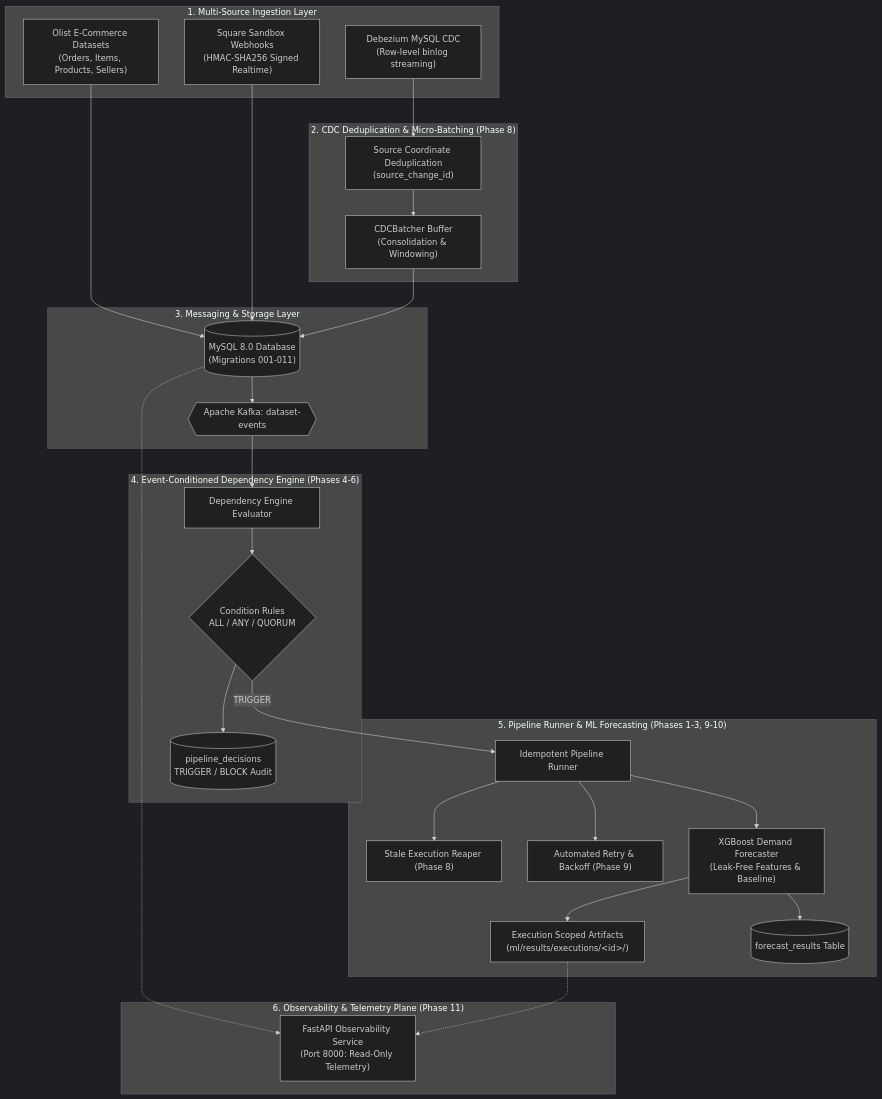
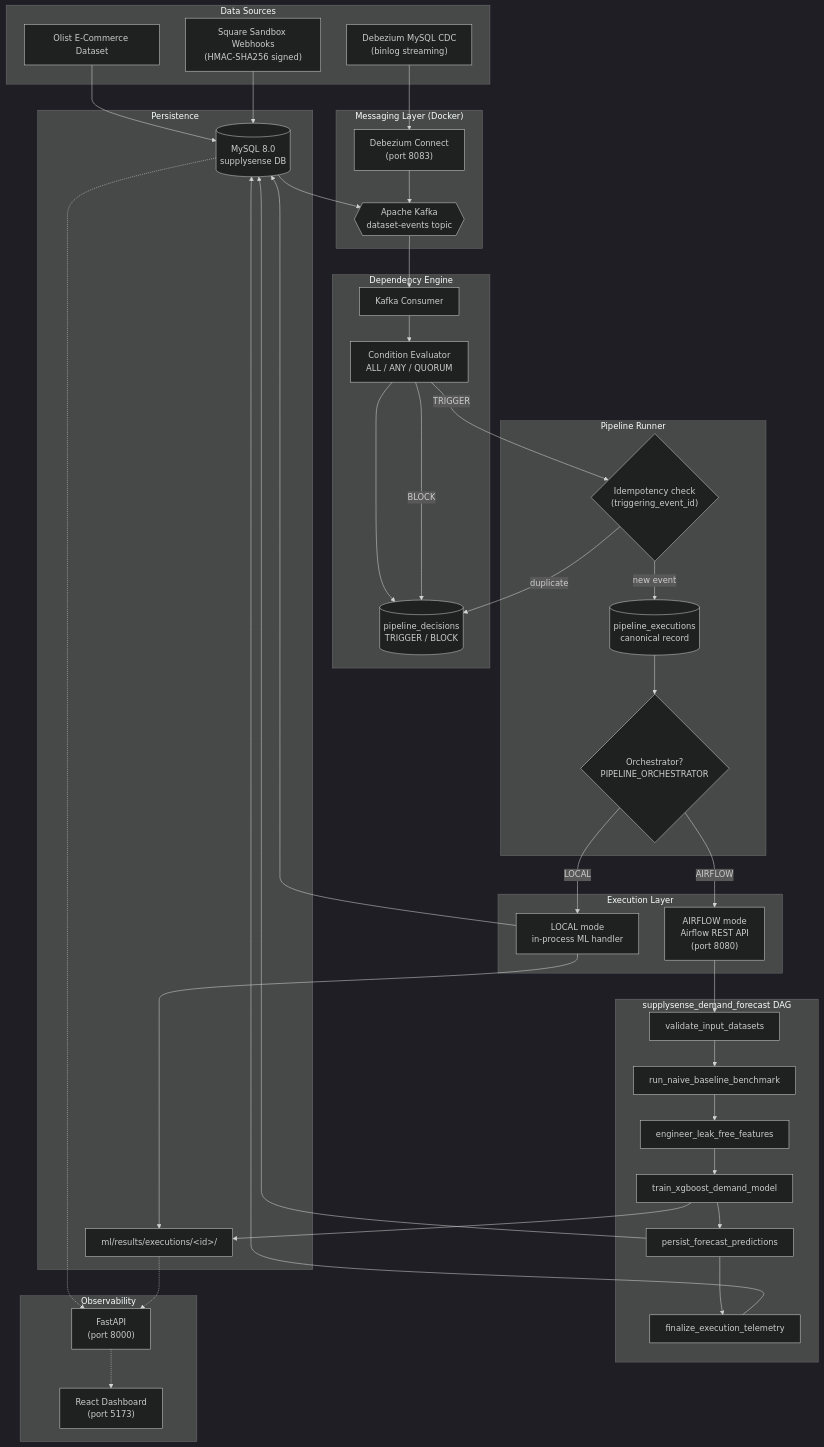
One commit to Varun-sai018/SupplySense-AI changed the diagram in README.md. Above: the diagram before and after it, drawn with Mermaid (dark theme). The commit also changed other lines of this file, not shown here.

````diff
--- a/README.md
+++ b/README.md
@@ -11,53 +67,69 @@
 ```mermaid
 flowchart TD
-    subgraph DataSources["1. Multi-Source Ingestion Layer"]
-        Olist["Olist E-Commerce Datasets<br/>(Orders, Items, Products, Sellers)"]
-        Square["Square Sandbox Webhooks<br/>(HMAC-SHA256 Signed Realtime)"]
-        CDC["Debezium MySQL CDC<br/>(Row-level binlog streaming)"]
+    subgraph Sources["Data Sources"]
+        Olist["Olist E-Commerce Dataset"]
+        Square["Square Sandbox Webhooks\n(HMAC-SHA256 signed)"]
+        CDC["Debezium MySQL CDC\n(binlog streaming)"]
     end
 
-    subgraph ResilientCDC["2. CDC Deduplication & Micro-Batching (Phase 8)"]
-        Dedup["Source Coordinate Deduplication<br/>(source_change_id)"]
-        Batcher["CDCBatcher Buffer<br/>(Consolidation & Windowing)"]
+    subgraph Messaging["Messaging Layer (Docker)"]
+        Kafka{{"Apache Kafka\ndataset-events topic"}}
+        Debezium["Debezium Connect\n(port 8083)"]
     end
 
-    subgraph EventTransport["3. Messaging & Storage Layer"]
-        Kafka{{"Apache Kafka: dataset-events"}}
-        MySQL[("MySQL 8.0 Database<br/>(Migrations 001-011)")]
+    subgraph Engine["Dependency Engine"]
+        Consumer["Kafka Consumer"]
+        Eval["Condition Evaluator\nALL / ANY / QUORUM"]
+        DecisionAudit[("pipeline_decisions\nTRIGGER / BLOCK")]
     end
 
-    subgraph Orchestration["4. Event-Conditioned Dependency Engine (Phases 4-6)"]
-        Engine["Dependency Engine Evaluator"]
-        Rules{"Condition Rules<br/>ALL / ANY / QUORUM"}
-        Decisions[("pipeline_decisions<br/>TRIGGER / BLOCK Audit")]
+    subgraph Runner["Pipeline Runner"]
+        IdempotencyCheck{"Idempotency check\n(triggering_event_id)"}
+        ExecRecord[("pipeline_executions\ncanonical record")]
+        Dispatch{"Orchestrator?\nPIPELINE_ORCHESTRATOR"}
     end
 
-    subgraph ExecutionPlane["5. Pipeline Runner & ML Forecasting (Phases 1-3, 9-10)"]
-        Runner["Idempotent Pipeline Runner"]
-        Reaper["Stale Execution Reaper (Phase 8)"]
-        Retry["Automated Retry & Backoff (Phase 9)"]
-        ML["XGBoost Demand Forecaster<br/>(Leak-Free Features & Baseline)"]
-        ScopedArtifacts["Execution Scoped Artifacts<br/>(ml/results/executions/&lt;id&gt;/)"]
-        ForecastDB[("forecast_results Table")]
+    subgraph Orchestration["Execution Layer"]
+        Local["LOCAL mode\nin-process ML handler"]
+        Airflow["AIRFLOW mode\nAirflow REST API\n(port 8080)"]
     end
 
-    subgraph ObservabilityLayer["6. Observability & Telemetry Plane (Phase 11)"]
-        ObsAPI["FastAPI Observability Service<br/>(Port 8000: Read-Only Telemetry)"]
+    subgraph DAG["supplysense_demand_forecast DAG"]
+        T1["validate_input_datasets"]
+        T2["run_naive_baseline_benchmark"]
+        T3["engineer_leak_free_features"]
+        T4["train_xgboost_demand_model"]
+        T5["persist_forecast_predictions"]
+        T6["finalize_execution_telemetry"]
+    end
+
+    subgraph Persistence["Persistence"]
+        MySQL[("MySQL 8.0\nsupplysense DB")]
+        Artifacts["ml/results/executions/&lt;id&gt;/"]
+    end
+
+    subgraph Observability["Observability"]
+        ObsAPI["FastAPI\n(port 8000)"]
+        Dashboard["React Dashboard\n(port 5173)"]
     end
 
     Olist --> MySQL
     Square --> MySQL
-    CDC --> Dedup --> Batcher --> MySQL
+    CDC --> Debezium --> Kafka
     MySQL --> Kafka
-    Kafka --> Engine
-    Engine --> Rules
-    Rules --> Decisions
-    Rules -- TRIGGER --> Runner
-    Runner --> Reaper
-    Runner --> Retry
-    Runner --> ML
-    ML --> ScopedArtifacts
-    ML --> ForecastDB
+    Kafka --> Consumer --> Eval
+    Eval --> DecisionAudit
+    Eval -- BLOCK --> DecisionAudit
+    Eval -- TRIGGER --> IdempotencyCheck
+    IdempotencyCheck -- new event --> ExecRecord --> Dispatch
+    IdempotencyCheck -- duplicate --> DecisionAudit
+    Dispatch -- LOCAL --> Local --> MySQL
+    Dispatch -- AIRFLOW --> Airflow --> T1 --> T2 --> T3 --> T4 --> T5 --> T6
+    T6 --> MySQL
+    T5 --> MySQL
+    Local --> Artifacts
+    T4 --> Artifacts
     MySQL -.-> ObsAPI
-    ScopedArtifacts -.-> ObsAPI
+    Artifacts -.-> ObsAPI
+    ObsAPI -.-> Dashboard
 ```
````
